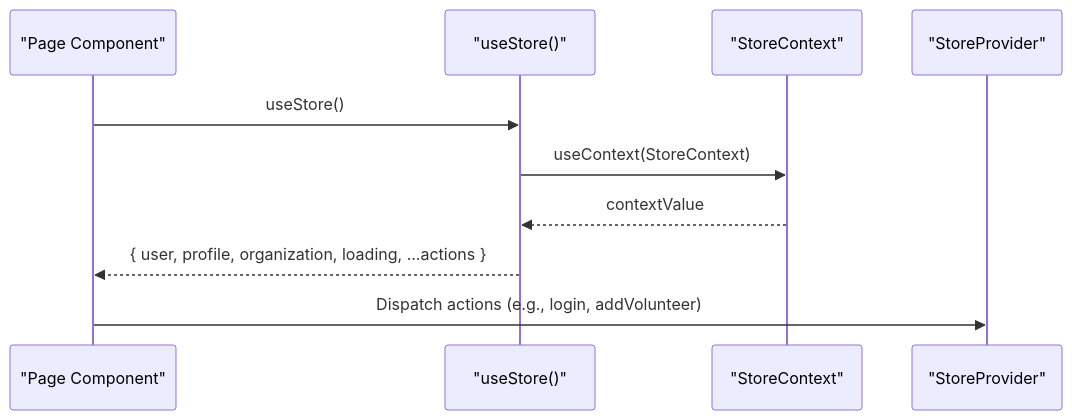
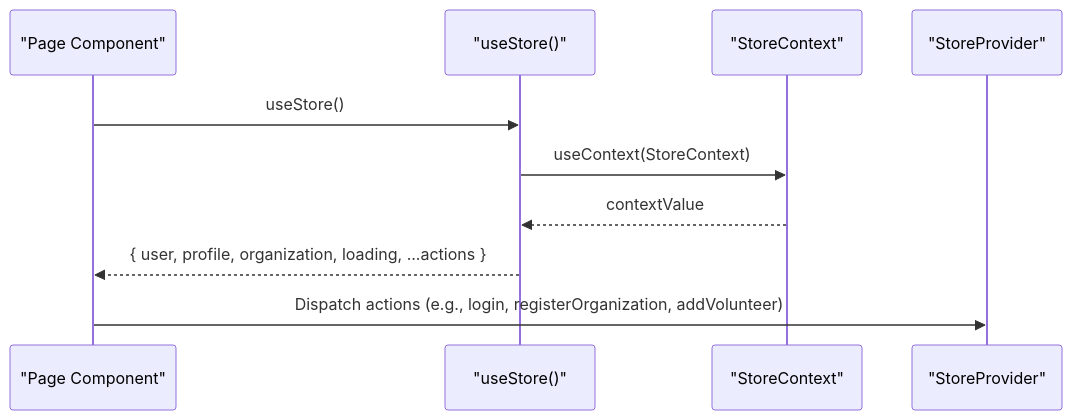
The seventh of 12 diagrams in .qoder/repowiki/en/content/State Management System/Store Provider Architecture.md (netdaniel/serveflow), drawn with Mermaid before and after one commit. The commit also changed other lines of this file and 12 other files, not shown here.

````diff
--- a/.qoder/repowiki/en/content/State Management System/Store Provider Architecture.md
+++ b/.qoder/repowiki/en/content/State Management System/Store Provider Architecture.md
@@ -286,12 +359,12 @@
 ```mermaid
 sequenceDiagram
 participant Page as "Page Component"
 participant Hook as "useStore()"
 participant Context as "StoreContext"
 participant Provider as "StoreProvider"
 Page->>Hook : useStore()
 Hook->>Context : useContext(StoreContext)
 Context-->>Hook : contextValue
 Hook-->>Page : { user, profile, organization, loading, ...actions }
-Page->>Provider : Dispatch actions (e.g., login, addVolunteer)
+Page->>Provider : Dispatch actions (e.g., login, registerOrganization, addVolunteer)
 ```
````
